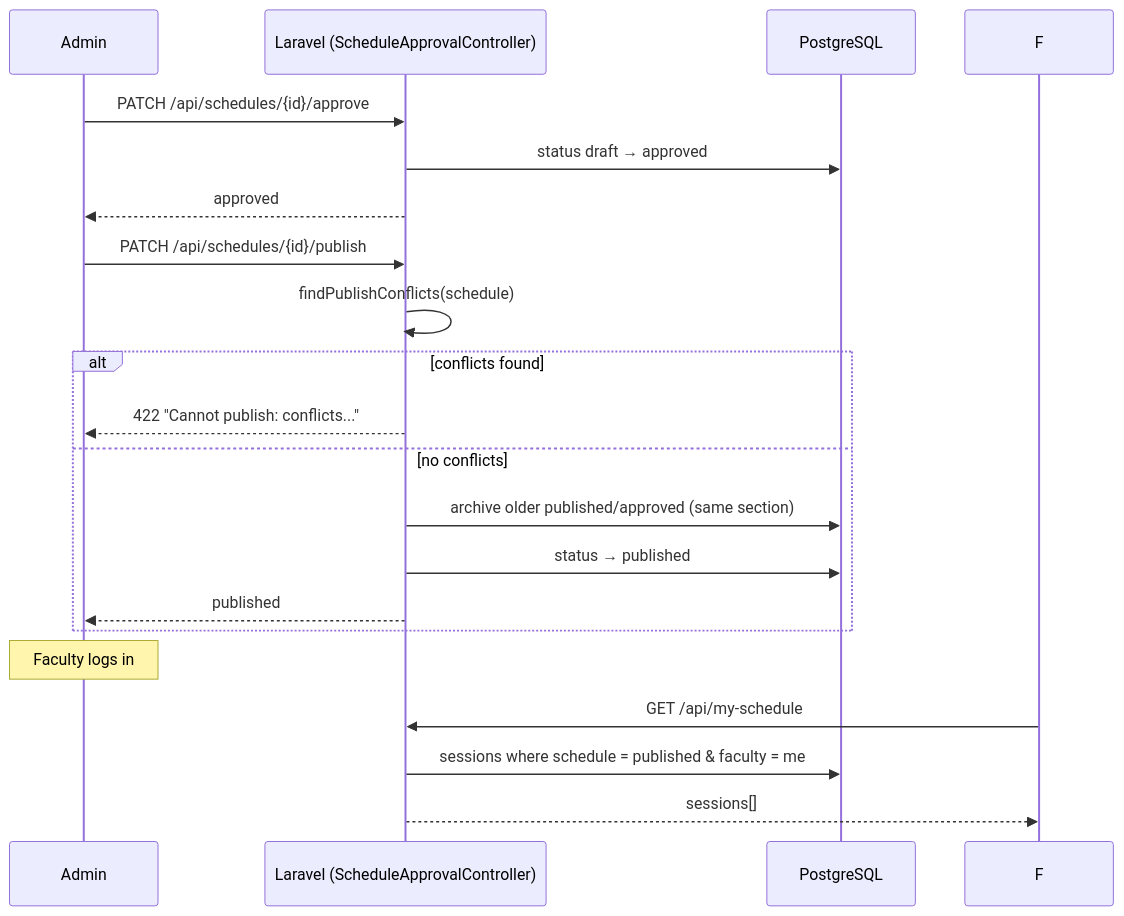
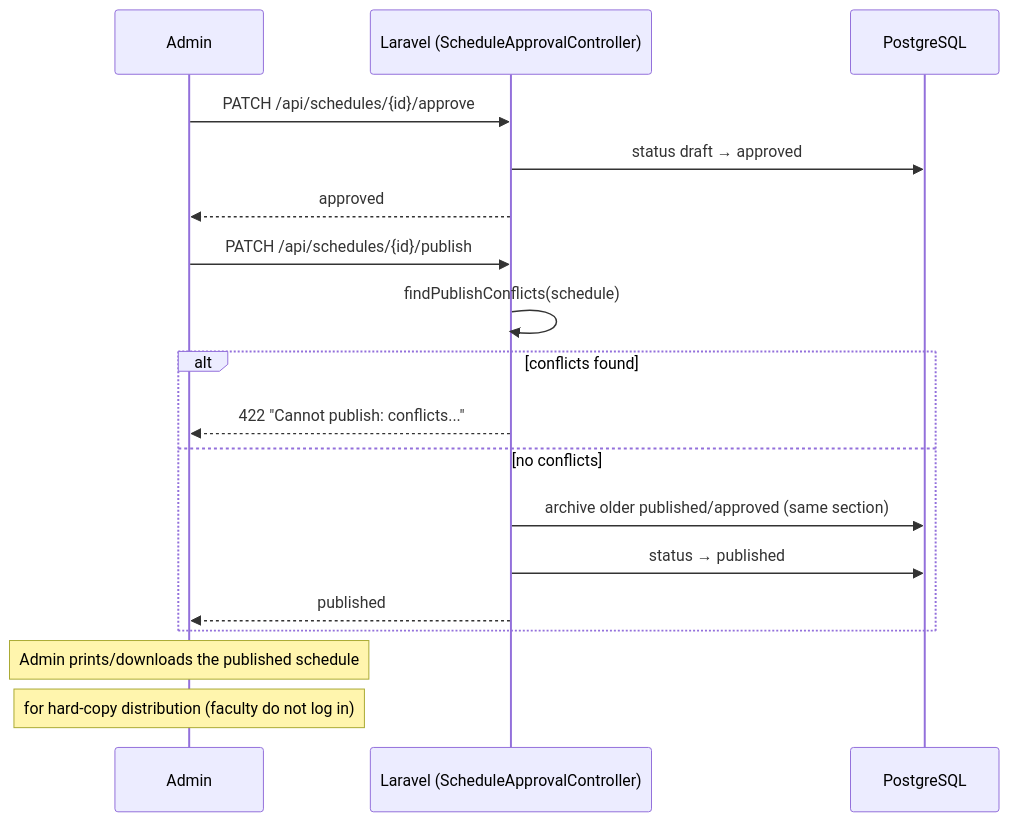
Before and after one commit to KiroOoo-arch/IT-faculty-scheduling-system: the second of 4 diagrams in documentation/System_Defense_Guide.md, drawn with Mermaid. The commit also changed other lines of this file and 8 other files, not shown here.

First line of the commit message:
Remove obsolete faculty login/portal code and refresh docs to admin-only architecture

````diff
--- a/documentation/System_Defense_Guide.md
+++ b/documentation/System_Defense_Guide.md
@@ -120,25 +121,23 @@
 ```mermaid
 sequenceDiagram
     participant U as Admin
     participant L as Laravel (ScheduleApprovalController)
     participant DB as PostgreSQL
 
     U->>L: PATCH /api/schedules/{id}/approve
     L->>DB: status draft → approved
     L-->>U: approved
 
     U->>L: PATCH /api/schedules/{id}/publish
     L->>L: findPublishConflicts(schedule)
     alt conflicts found
         L-->>U: 422 "Cannot publish: conflicts..."
     else no conflicts
         L->>DB: archive older published/approved (same section)
         L->>DB: status → published
         L-->>U: published
     end
 
-    Note over U: Faculty logs in
-    F->>L: GET /api/my-schedule
-    L->>DB: sessions where schedule = published & faculty = me
-    L-->>F: sessions[]
+    Note over U: Admin prints/downloads the published schedule
+    Note over U: for hard-copy distribution (faculty do not log in)
 ```
````
